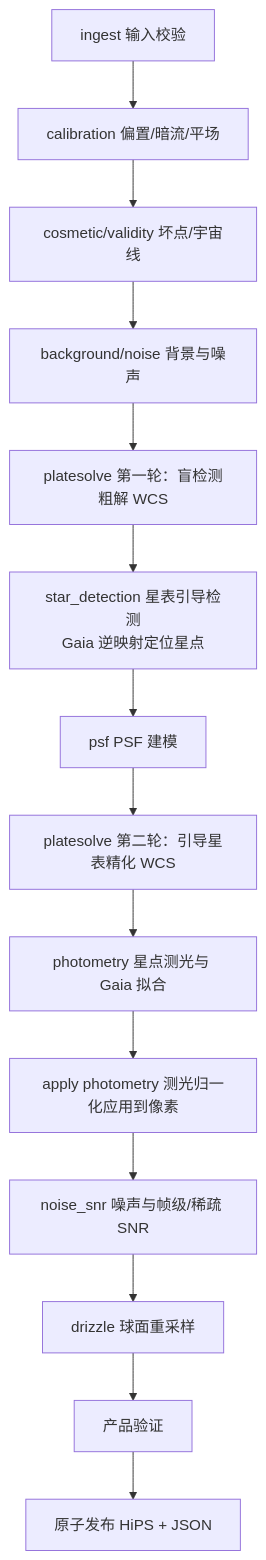
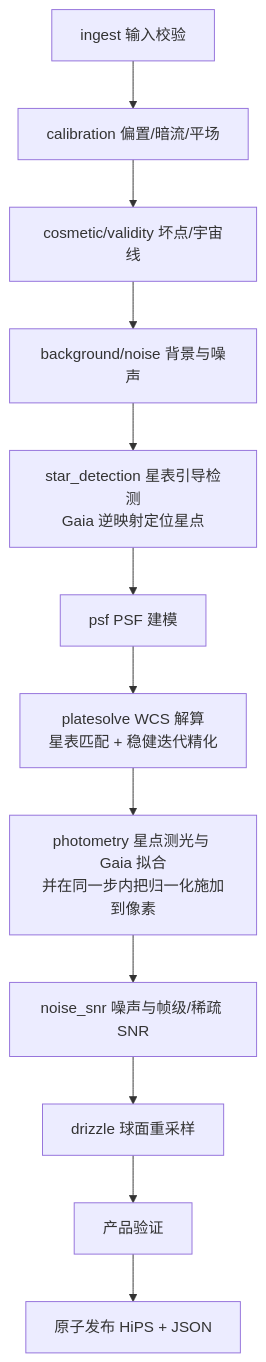
Before and after one commit to fujiaze/Astro-CS-Database: the fourth of 12 diagrams in ASTROCS_DESIGN.md, drawn with Mermaid. The commit also changed other lines of this file and 4 other files, not shown here.

````diff
--- a/ASTROCS_DESIGN.md
+++ b/ASTROCS_DESIGN.md
@@ -170,16 +183,14 @@
 ```mermaid
 flowchart TD
     I["ingest 输入校验"] --> C["calibration 偏置/暗流/平场"]
     C --> CS["cosmetic/validity 坏点/宇宙线"]
     CS --> BN["background/noise 背景与噪声"]
-    BN --> A0["platesolve 第一轮：盲检测粗解 WCS"]
-    A0 --> D["star_detection 星表引导检测<br/>Gaia 逆映射定位星点"]
+    BN --> D["star_detection 星表引导检测<br/>Gaia 逆映射定位星点"]
     D --> P["psf PSF 建模"]
-    P --> A["platesolve 第二轮：引导星表精化 WCS"]
-    A --> PH["photometry 星点测光与 Gaia 拟合"]
-    PH --> AP["apply photometry 测光归一化应用到像素"]
-    AP --> S["noise_snr 噪声与帧级/稀疏 SNR"]
+    P --> A["platesolve WCS 解算<br/>星表匹配 + 稳健迭代精化"]
+    A --> PH["photometry 星点测光与 Gaia 拟合<br/>并在同一步内把归一化施加到像素"]
+    PH --> S["noise_snr 噪声与帧级/稀疏 SNR"]
     S --> R["drizzle 球面重采样"]
     R --> V["产品验证"]
     V --> O["原子发布 HiPS + JSON"]
 ```
````
